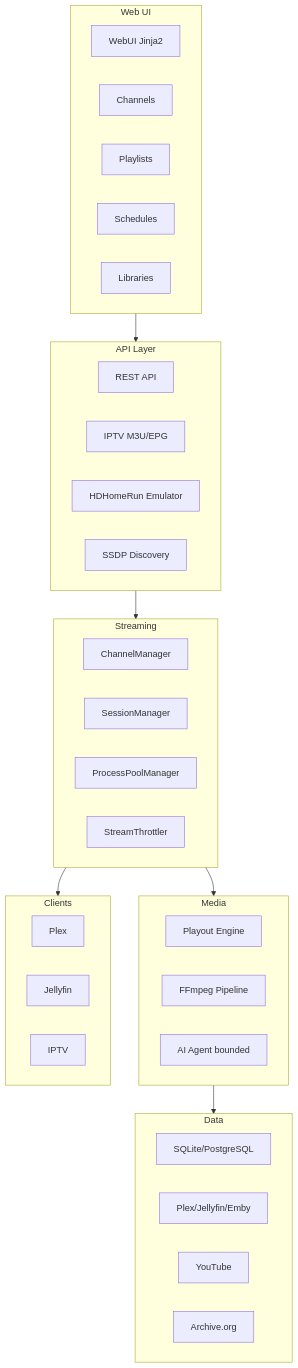
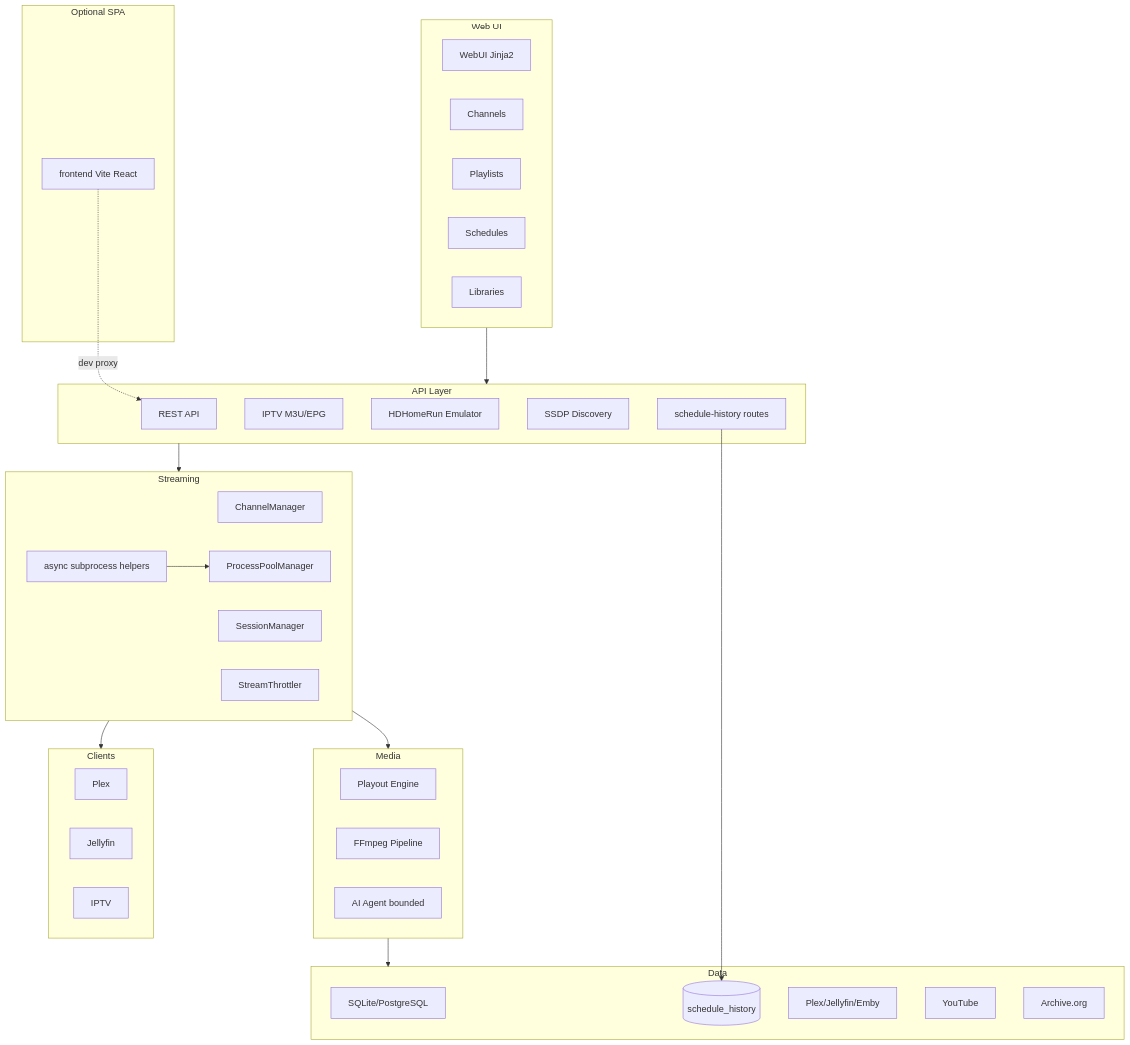
The diagram in EXStreamTV.wiki/System-Design.md (roto31/EXStreamTV), drawn with Mermaid before and after one commit. The commit also changed other lines of this file and 91 other files, not shown here.

First line of the commit message:
feat: Phase 14 schedule memento, async subprocess, patterns, frontend scaffold

````diff
--- a/EXStreamTV.wiki/System-Design.md
+++ b/EXStreamTV.wiki/System-Design.md
@@ -18,43 +18,52 @@
 ```mermaid
 flowchart TB
     subgraph UI [Web UI]
         WebUI[WebUI Jinja2]
         Ch[Channels]
         Play[Playlists]
         Sched[Schedules]
         Lib[Libraries]
     end
+    subgraph SPA [Optional SPA]
+        FE[frontend Vite React]
+    end
     subgraph API [API Layer]
         REST[REST API]
         IPTV[IPTV M3U/EPG]
         HDHR[HDHomeRun Emulator]
         SSDP[SSDP Discovery]
+        Hist[schedule-history routes]
     end
     subgraph Stream [Streaming]
         ChMgr[ChannelManager]
         Session[SessionManager]
         Pool[ProcessPoolManager]
         Throttle[StreamThrottler]
+        SubP[async subprocess helpers]
     end
     subgraph Media [Media]
         Playout[Playout Engine]
         FFmpeg[FFmpeg Pipeline]
         AI[AI Agent bounded]
     end
     subgraph Data [Data]
         DB[SQLite/PostgreSQL]
+        SH[(schedule_history)]
         Plex[Plex/Jellyfin/Emby]
         YT[YouTube]
         Archive[Archive.org]
     end
     subgraph Clients [Clients]
         P[Plex]
         J[Jellyfin]
         I[IPTV]
     end
     UI --> API
+    FE -.->|dev proxy| REST
     API --> Stream
     Stream --> Media
     Media --> Data
     Stream --> Clients
+    Hist --> SH
+    SubP --> Pool
 ```
````
